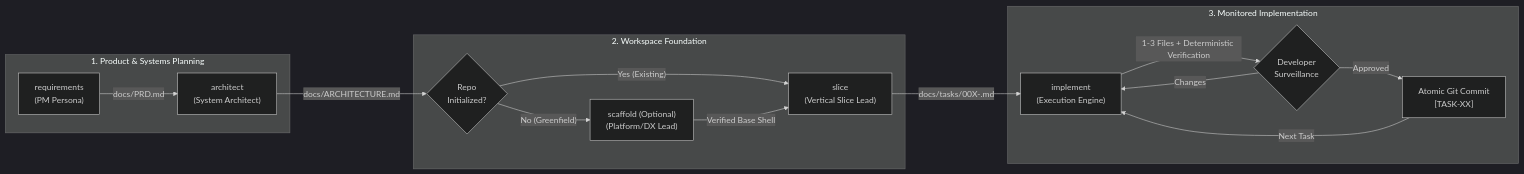
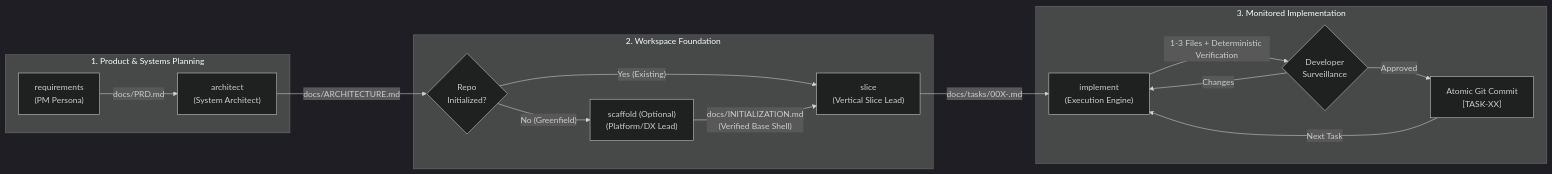
Before and after one commit to NIKHILENIGMA/skills: the diagram in SDD.md, drawn with Mermaid (dark theme). The commit also changed other lines of this file, not shown here.

First line of the commit message:
docs(sdd): add prompt engineering guide, prompt examples, and initialization workflow

````diff
--- a/SDD.md
+++ b/SDD.md
@@ -13,21 +13,21 @@
 ```mermaid
 flowchart LR
     subgraph Planning ["1. Product & Systems Planning"]
       REQ["requirements\n(PM Persona)"] -->|"docs/PRD.md"| ARC["architect\n(System Architect)"]
     end
 
     subgraph Setup ["2. Workspace Foundation"]
       ARC -->|"docs/ARCHITECTURE.md"| DEC{"Repo\nInitialized?"}
       DEC -->|"No (Greenfield)"| SCA["scaffold (Optional)\n(Platform/DX Lead)"]
       DEC -->|"Yes (Existing)"| SLI
-      SCA -->|"Verified Base Shell"| SLI["slice\n(Vertical Slice Lead)"]
+      SCA -->|"docs/INITIALIZATION.md\n(Verified Base Shell)"| SLI["slice\n(Vertical Slice Lead)"]
     end
 
     subgraph Execution ["3. Monitored Implementation"]
       SLI -->|"docs/tasks/00X-<slug>.md"| IMP["implement\n(Execution Engine)"]
       IMP -->|"1-3 Files + Deterministic Verification"| REV{"Developer\nSurveillance"}
       REV -->|"Approved"| GIT["Atomic Git Commit\n[TASK-XX]"]
       REV -->|"Changes"| IMP
       GIT -->|"Next Task"| IMP
     end
 ```
````
